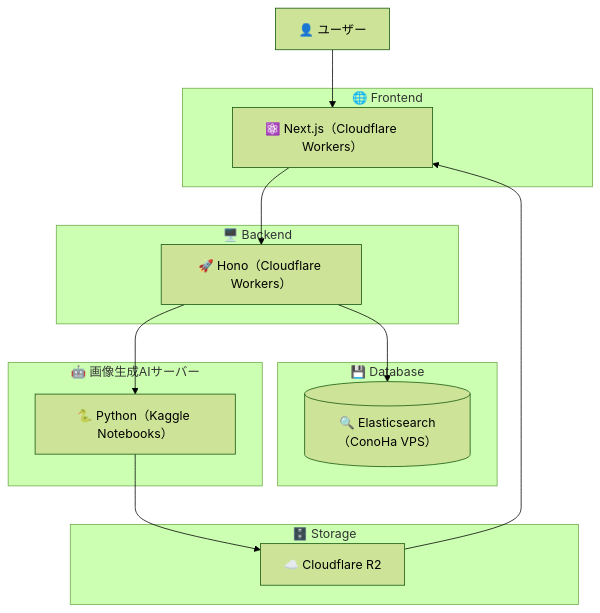
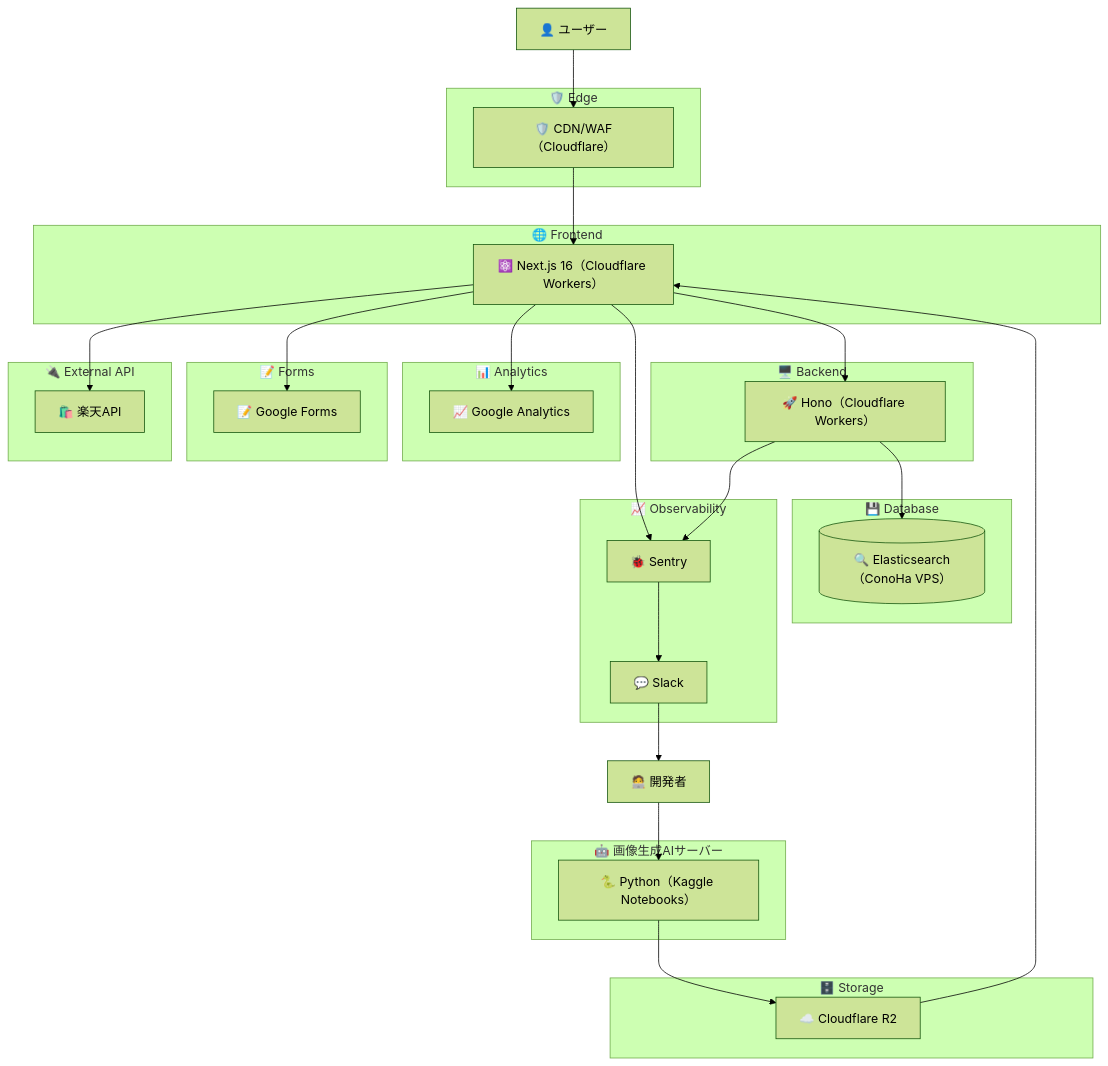
One commit to LAHYL/concept changed the diagram in README.md. Above: the diagram before and after it, drawn with Mermaid (forest theme). The commit also changed other lines of this file, not shown here.

Commit message:
最新にした

````diff
--- a/README.md
+++ b/README.md
@@ -24,32 +23,63 @@
 ```mermaid
 graph TD
     U[👤 ユーザー]
+    DEV[🧑‍💻 開発者]
 
     subgraph Frontend["🌐 Frontend"]
-        FE[⚛️ Next.js（Cloudflare Workers）]
+        FE[⚛️ Next.js 16（Cloudflare Workers）]
+    end
+
+    subgraph Edge["🛡️ Edge"]
+        CW[🛡️ CDN/WAF（Cloudflare）]
     end
 
     subgraph Backend["🖥️ Backend"]
         BE[🚀 Hono（Cloudflare Workers）]
     end
 
     subgraph Database["💾 Database"]
         DB[(🔍 Elasticsearch（ConoHa VPS）)]
     end
 
     subgraph AI["🤖 画像生成AIサーバー"]
         PY[🐍 Python（Kaggle Notebooks）]
     end
 
+
     subgraph Storage["🗄️ Storage"]
         ST[☁️ Cloudflare R2]
     end
 
+    subgraph Observability["📈 Observability"]
+        SE[🐞 Sentry]
+        SL[💬 Slack]
+    end
+
+    subgraph Analytics["📊 Analytics"]
+        GA[📈 Google Analytics]
+    end
+
+    subgraph Forms["📝 Forms"]
+        GF[📝 Google Forms]
+    end
+
+    subgraph ExternalAPI["🔌 External API"]
+        RA[🛍️ 楽天API]
+    end
+
     %% Connections
-    U --> FE
+    U --> CW
+    CW --> FE
     FE --> BE
     BE --> DB
     ST --> FE
-    BE --> PY
+    FE --> SE
+    BE --> SE
+    FE --> GA
+    FE --> GF
+    FE --> RA
+    SE --> SL
+    SL --> DEV
+    DEV --> PY
     PY --> ST
 ```
````
